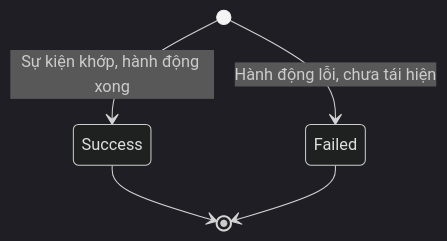
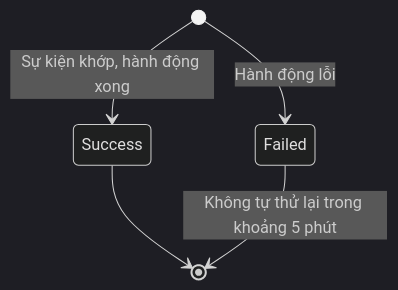
The third of 10 diagrams in docs/_research/fleetio/srs/fleetio-saas-platform-states.md (szitphan/invlogis), drawn with Mermaid (dark theme) before and after one commit. The commit also changed other lines of this file and 113 other files, not shown here.

````diff
--- a/docs/_research/fleetio/srs/fleetio-saas-platform-states.md
+++ b/docs/_research/fleetio/srs/fleetio-saas-platform-states.md
@@ -47,7 +77,7 @@
 ```mermaid
 stateDiagram-v2
     [*] --> Success: Sự kiện khớp, hành động xong
-    [*] --> Failed: Hành động lỗi, chưa tái hiện
+    [*] --> Failed: Hành động lỗi
     Success --> [*]
-    Failed --> [*]
+    Failed --> [*]: Không tự thử lại trong khoảng 5 phút
 ```
````
